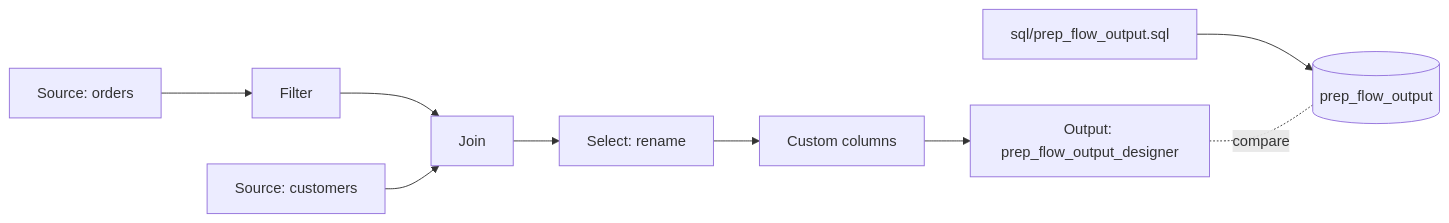
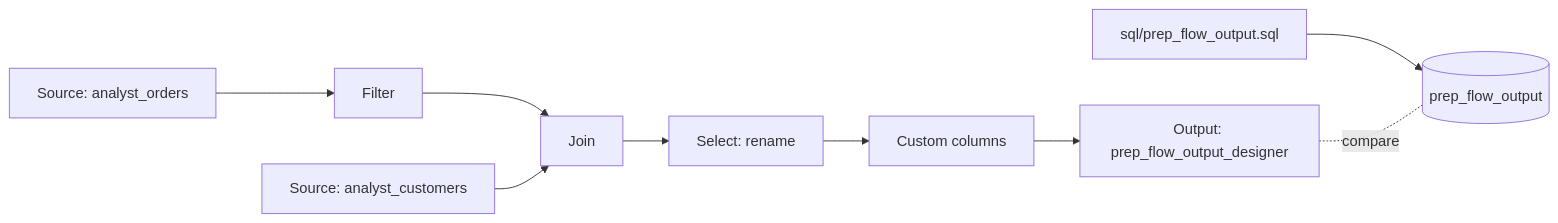
One commit to pengbricks/pengbricks-app-capabilities-walkthrough changed the diagram in reference/analyst/guides/no-code-data-prep.md. Above: the diagram before and after it, drawn with Mermaid. The commit also changed other lines of this file and 207 other files, not shown here.

First line of the commit message:
Move every reference bundle to one shared schema

````diff
--- a/reference/analyst/guides/no-code-data-prep.md
+++ b/reference/analyst/guides/no-code-data-prep.md
@@ -18,8 +18,8 @@
 ```mermaid
 flowchart LR
-  o[Source: orders] --> f[Filter] --> j[Join]
-  c[Source: customers] --> j
+  o[Source: analyst_orders] --> f[Filter] --> j[Join]
+  c[Source: analyst_customers] --> j
   j --> s[Select: rename] --> d[Custom columns] --> out[Output: prep_flow_output_designer]
   sql[sql/prep_flow_output.sql] --> ref[(prep_flow_output)]
   out -. compare .- ref
 ```
````
